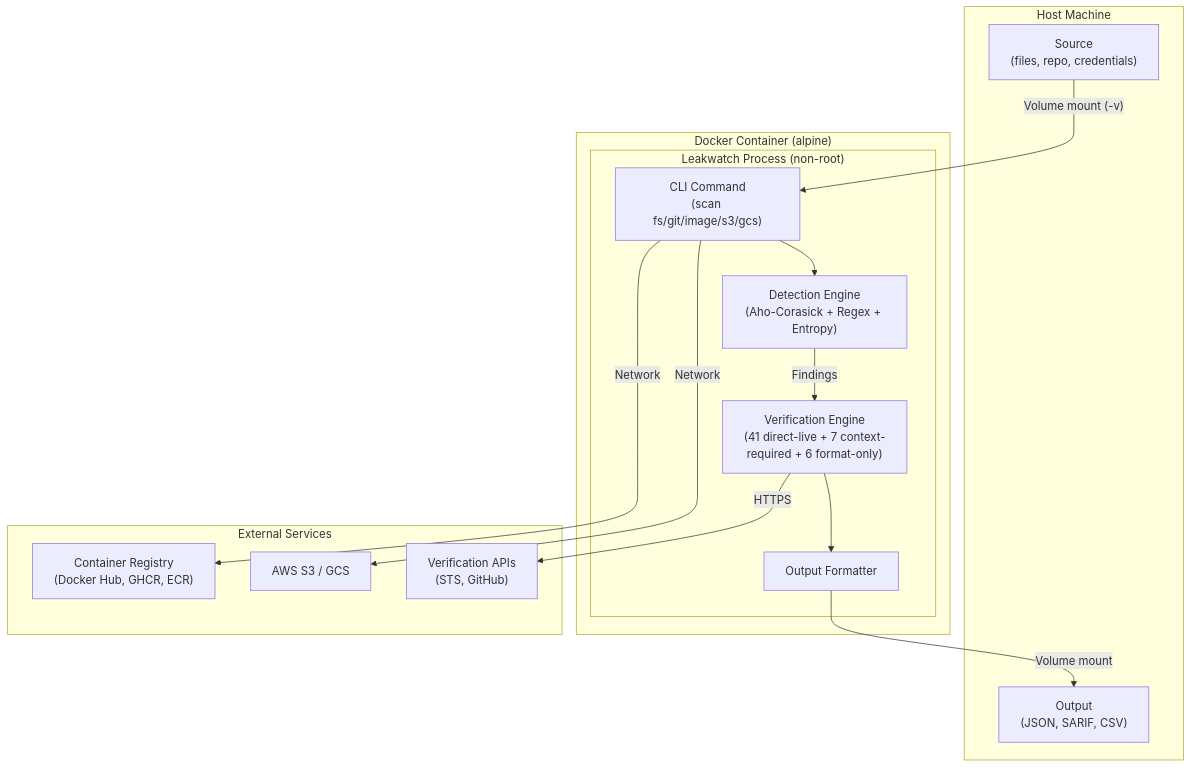
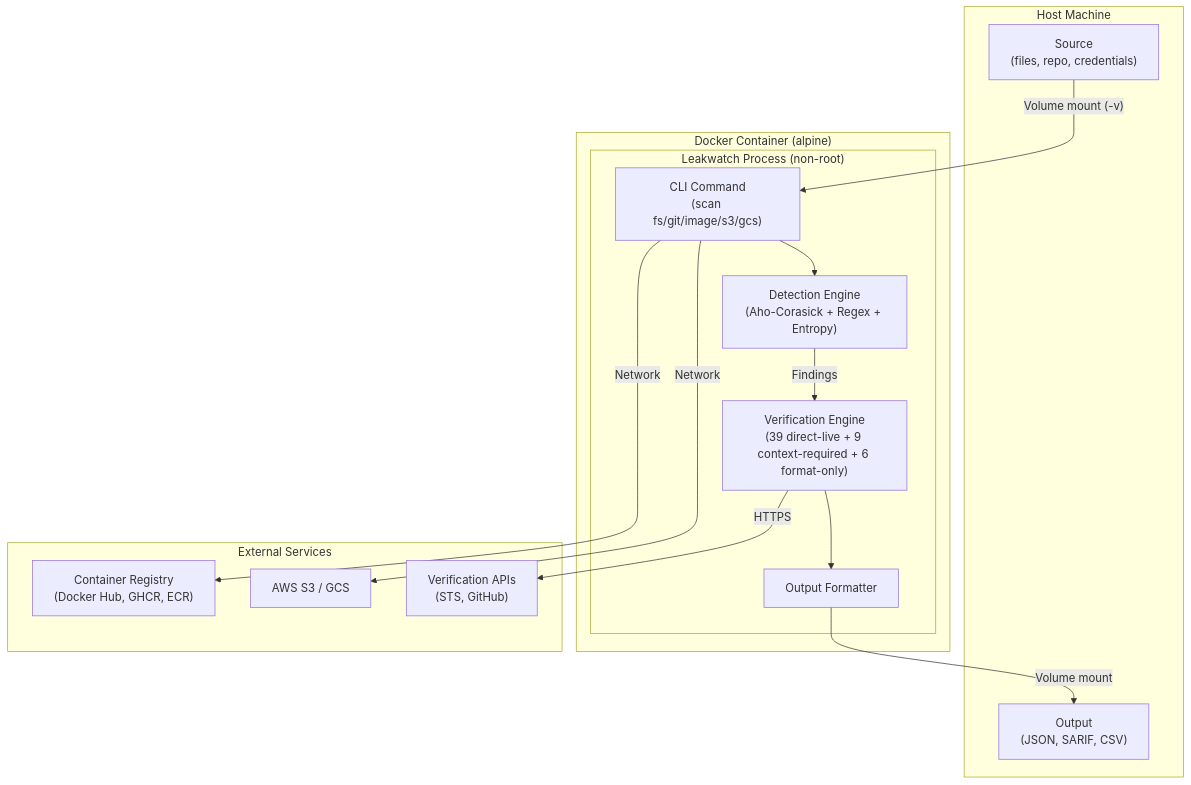
The second of 2 diagrams in docs/guides/docker-usage.md (cemililik/Leakwatch), drawn with Mermaid before and after one commit. The commit also changed 55 other files, not shown here.

````diff
--- a/docs/guides/docker-usage.md
+++ b/docs/guides/docker-usage.md
@@ -496,31 +496,31 @@
 ```mermaid
 flowchart TD
     subgraph Host["Host Machine"]
         SRC["Source\n(files, repo, credentials)"]
         OUT["Output\n(JSON, SARIF, CSV)"]
     end
 
     subgraph Docker["Docker Container (alpine)"]
         subgraph LW["Leakwatch Process (non-root)"]
             CMD["CLI Command\n(scan fs/git/image/s3/gcs)"]
             ENG["Detection Engine\n(Aho-Corasick + Regex + Entropy)"]
-            VER["Verification Engine\n(41 direct-live + 7 context-required + 6 format-only)"]
+            VER["Verification Engine\n(39 direct-live + 9 context-required + 6 format-only)"]
             FMT["Output Formatter"]
         end
     end
 
     subgraph External["External Services"]
         REG["Container Registry\n(Docker Hub, GHCR, ECR)"]
         S3["AWS S3 / GCS"]
         VAPI["Verification APIs\n(STS, GitHub)"]
     end
 
     SRC -->|"Volume mount (-v)"| CMD
     CMD --> ENG
     ENG -->|Findings| VER
     VER -->|"HTTPS"| VAPI
     VER --> FMT
     FMT -->|"Volume mount"| OUT
     CMD -->|"Network"| REG
     CMD -->|"Network"| S3
 ```
````
